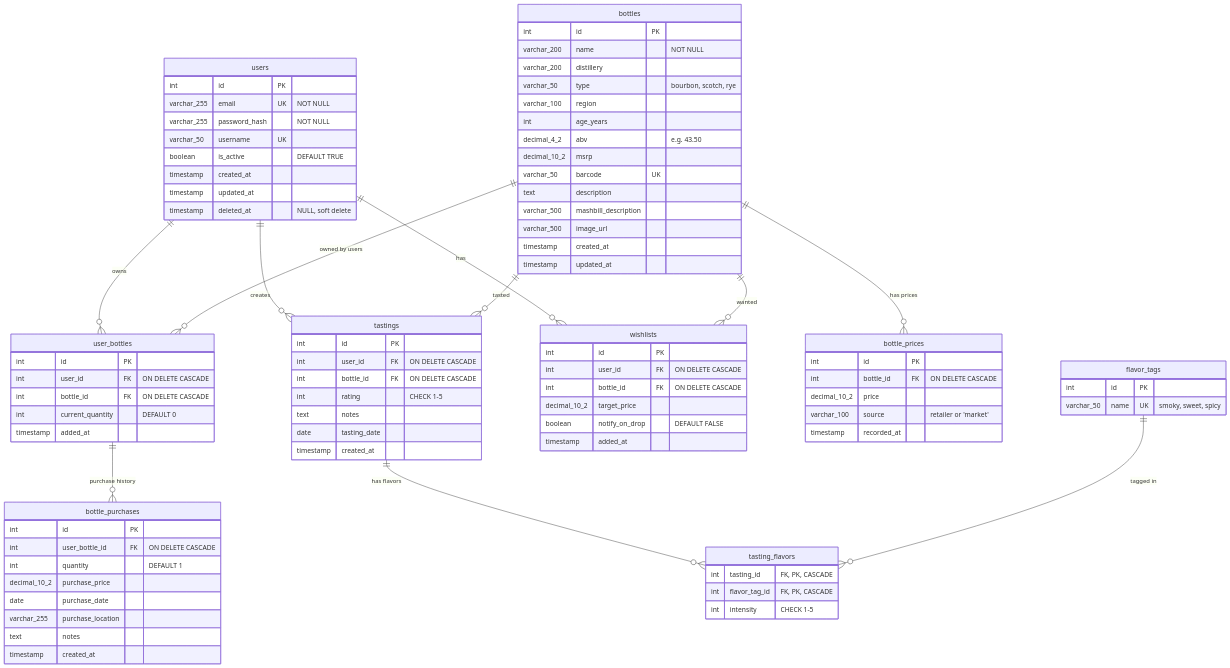
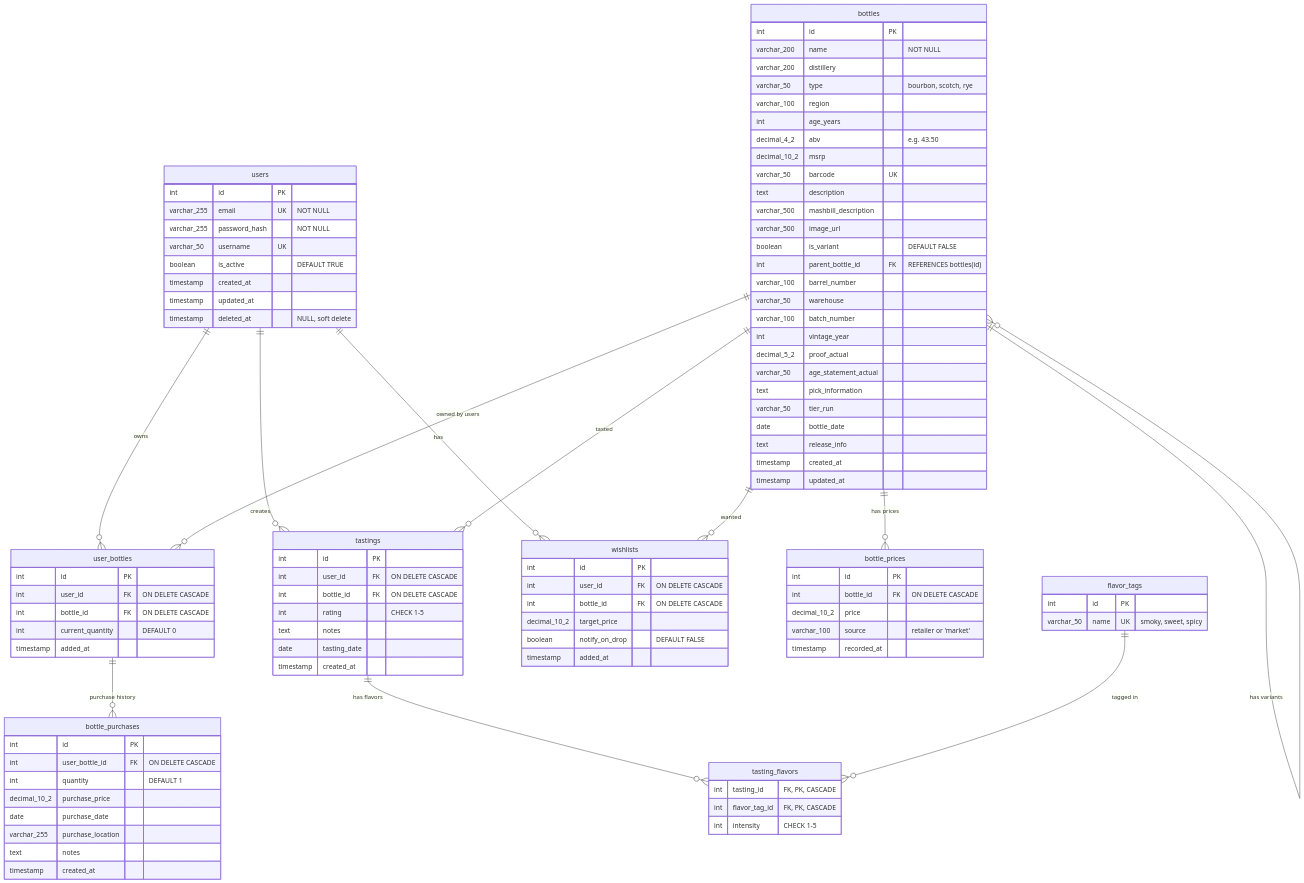
The diagram in docs/MYCASK_DATABASE_ERD.md (johnst101/MyCask), drawn with Mermaid before and after one commit. The commit also changed 1 other file, not shown here.

Commit message:
Enhance Bottle model to support variants and additional attributes. Update ERD documentation to reflect new relationships and fields for base bottles and variants.

```diff
--- a/docs/MYCASK_DATABASE_ERD.md
+++ b/docs/MYCASK_DATABASE_ERD.md
@@ -10,6 +10,7 @@
     bottles ||--o{ tastings : "tasted"
     bottles ||--o{ bottle_prices : "has prices"
     bottles ||--o{ wishlists : "wanted"
+    bottles ||--o{ bottles : "has variants"
 
     user_bottles ||--o{ bottle_purchases : "purchase history"
 
@@ -40,6 +41,18 @@
         text description
         varchar_500 mashbill_description
         varchar_500 image_url
+        boolean is_variant "DEFAULT FALSE"
+        int parent_bottle_id FK "REFERENCES bottles(id)"
+        varchar_100 barrel_number
+        varchar_50 warehouse
+        varchar_100 batch_number
+        int vintage_year
+        decimal_5_2 proof_actual
+        varchar_50 age_statement_actual
+        text pick_information
+        varchar_50 tier_run
+        date bottle_date
+        text release_info
         timestamp created_at
         timestamp updated_at
     }
```
